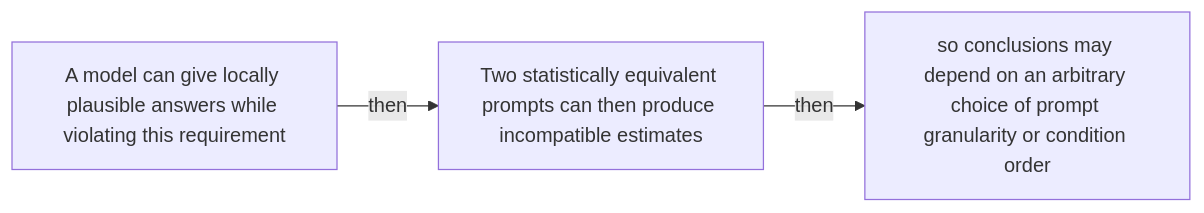
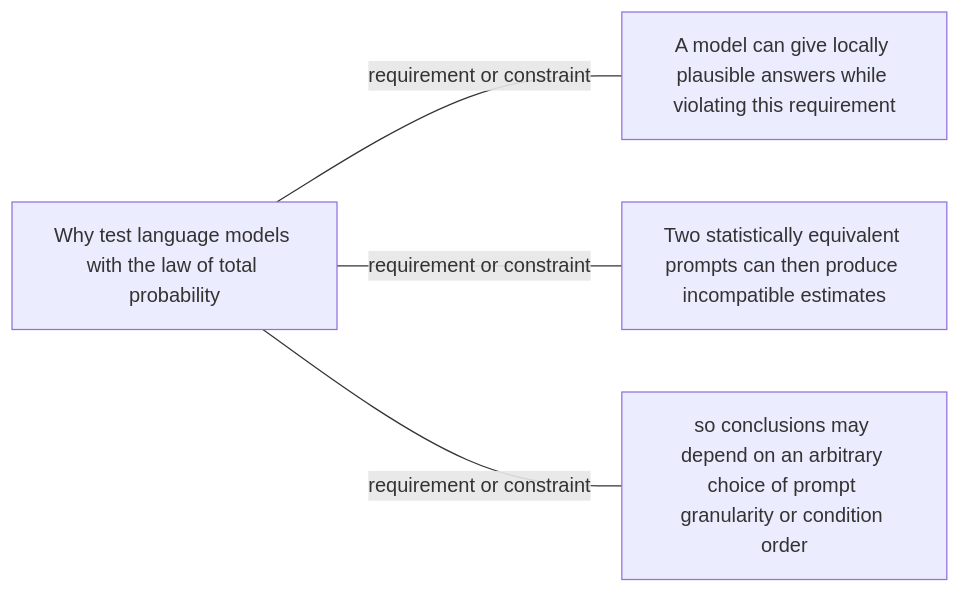
One commit to Betancourt1/paper_atlas changed the sixth of 48 diagrams in docs/visual-manifests/VISUAL_MANIFEST_PARTITION_PROMPT_AGGREGATE.md. Above: the diagram before and after it, drawn with Mermaid. The commit also changed other lines of this file and 7 other files, not shown here.

````diff
--- a/docs/visual-manifests/VISUAL_MANIFEST_PARTITION_PROMPT_AGGREGATE.md
+++ b/docs/visual-manifests/VISUAL_MANIFEST_PARTITION_PROMPT_AGGREGATE.md
@@ -461,8 +462,10 @@
 ```mermaid
 flowchart LR
-  n1["A model can give locally plausible answers while violating this requirement"]
-  n2["Two statistically equivalent prompts can then produce incompatible estimates"]
-  n3["so conclusions may depend on an arbitrary choice of prompt granularity or condition order"]
-  n1 -->|"then"| n2
-  n2 -->|"then"| n3
+  center["Why test language models with the law of total probability"]
+  f1["A model can give locally plausible answers while violating this requirement"]
+  f2["Two statistically equivalent prompts can then produce incompatible estimates"]
+  f3["so conclusions may depend on an arbitrary choice of prompt granularity or condition order"]
+  center ---|"requirement or constraint"| f1
+  center ---|"requirement or constraint"| f2
+  center ---|"requirement or constraint"| f3
 ```
````
